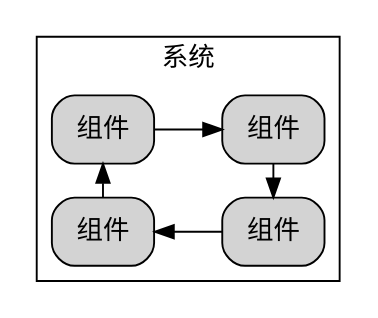
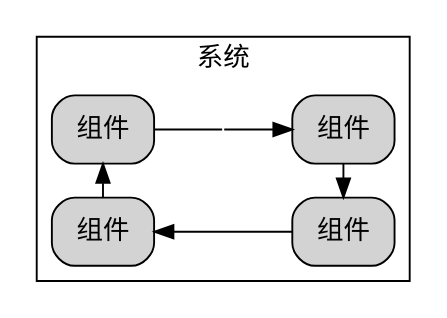
Before and after one commit to chaozhang2000/soa: the diagram in parts/definition1.dot, drawn with Graphviz. The commit also changed 2 other files, not shown here.

```diff
--- a/parts/definition1.dot
+++ b/parts/definition1.dot
@@ -1,17 +1,49 @@
+digraph G {
+  graph [rankdir=LR,compound=true];
+  node [shape=box, style="rounded,filled"];
+  
+  subgraph cluster_MOSA_benefits{
+    label="系统"
+    node1[label="组件"]
+    node2[label="组件"] 
+    node3[label="组件"]
+    node4[label="组件"]
+    
+    // 创建不可见节点
+    invis_node [shape=point, width=0, height=0, label=""]
+    
+    // 重新连接节点，在node1和node2之间插入不可见节点
+    node1 -> invis_node [dir=none]  // dir=none 表示没有箭头
+    invis_node -> node2
+    
+    node2 -> node3
+    node3 -> node4
+    node4 -> node1
+    
+    {rank=same;node1;node4}
+    {rank=same;node2;node3}
+  }
+  
+  // 示例：如何连接到隐藏节点
+  // external_node -> invis_node
+}
+/*
 digraph G {
   graph [rankdir=LR,compound=true];
   node [shape=box, style="rounded,filled"];
 subgraph cluster_MOSA_benefits{
 	label="系统"
 	node1[label="组件"]
 	node2[label="组件"]
 	node3[label="组件"]
 	node4[label="组件"]
 	node1 -> node2
 	node2->node3
 	node3 ->node4
 	node4 -> node1
 	{rank=same;node1;node4}
 	{rank=same;node2;node3}
 }
+TA[label="开放架构(技术架构)"]
 }
+*/
```
